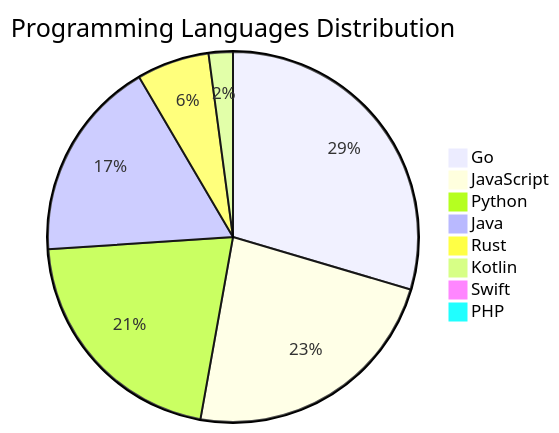
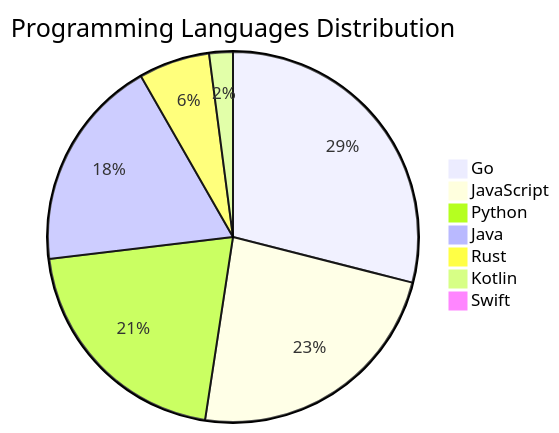
One commit to Derrick-MUGISHA/github-activity-bot changed the diagram in README.md. Above: the diagram before and after it, drawn with Mermaid. The commit also changed other lines of this file and 4 other files, not shown here.

````diff
--- a/README.md
+++ b/README.md
@@ -207,11 +207,10 @@
 ```mermaid
 pie title Programming Languages Distribution
     "Go" : 42
-    "JavaScript" : 33
+    "JavaScript" : 34
     "Python" : 30
-    "Java" : 25
+    "Java" : 27
     "Rust" : 9
     "Kotlin" : 3
     "Swift" : 1
-    "PHP" : 1
 ```
````
